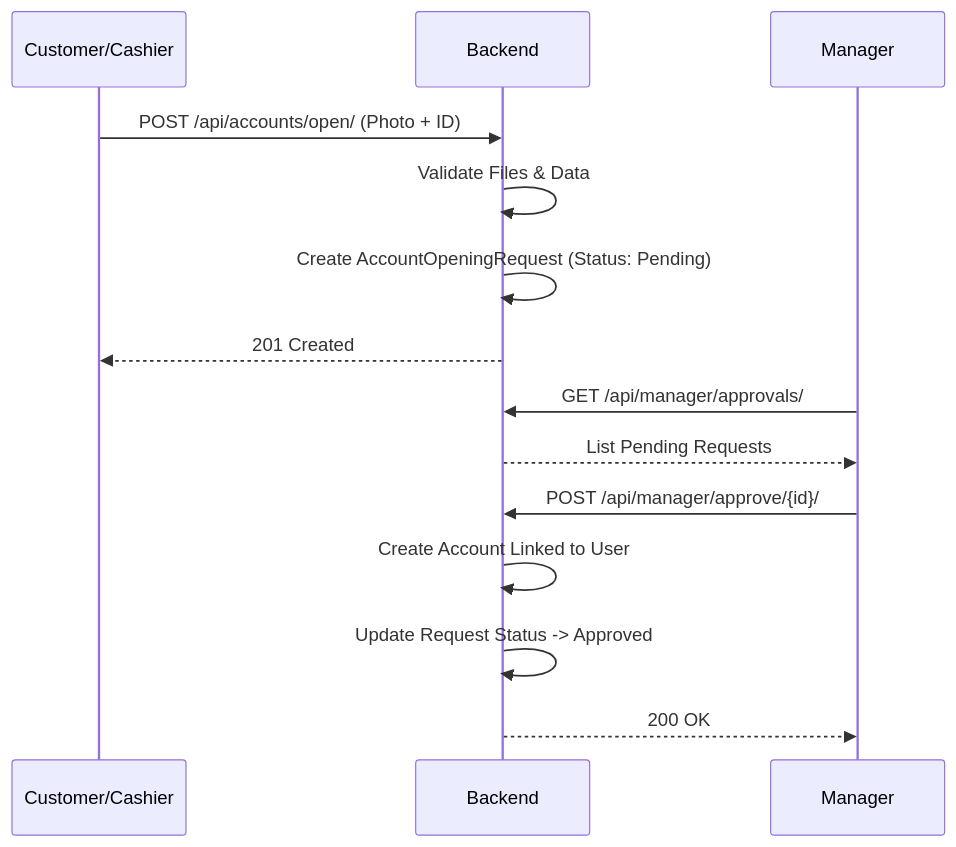
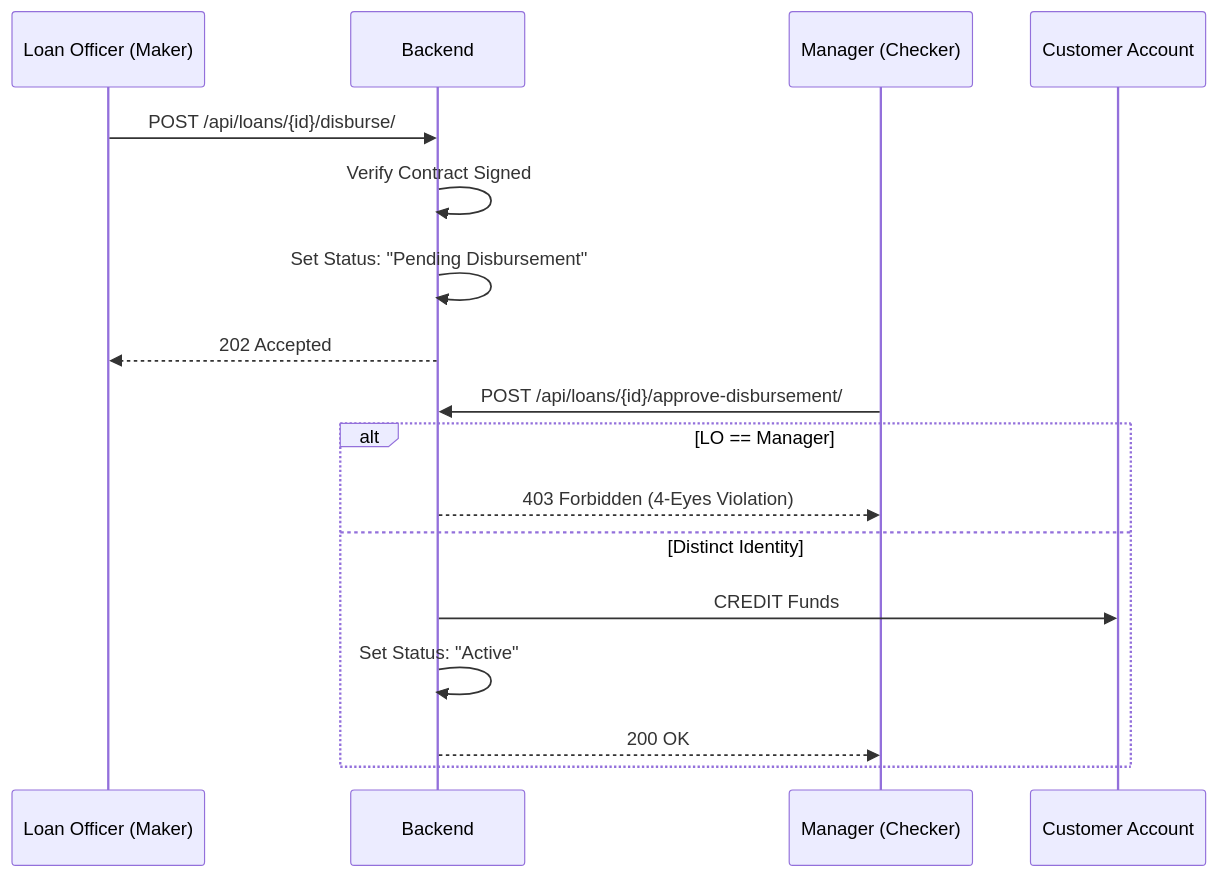
The fourth of 6 diagrams in docs/03-logic-flows.md (emmaarthur191/coastal-project), drawn with Mermaid before and after one commit. The commit also changed other lines of this file and 341 other files, not shown here.

````diff
--- a/docs/03-logic-flows.md
+++ b/docs/03-logic-flows.md
@@ -30,18 +152,21 @@
 ```mermaid
 sequenceDiagram
-    participant C as Customer/Cashier
+    participant LO as Loan Officer (Maker)
     participant B as Backend
-    participant M as Manager
+    participant M as Manager (Checker)
+    participant C as Customer Account
 
-    C->>B: POST /api/accounts/open/ (Photo + ID)
-    B->>B: Validate Files & Data
-    B->>B: Create AccountOpeningRequest (Status: Pending)
-    B-->>C: 201 Created
+    LO->>B: POST /api/loans/{id}/disburse/
+    B->>B: Verify Contract Signed
+    B->>B: Set Status: "Pending Disbursement"
+    B-->>LO: 202 Accepted
 
-    M->>B: GET /api/manager/approvals/
-    B-->>M: List Pending Requests
-    M->>B: POST /api/manager/approve/{id}/
-    B->>B: Create Account Linked to User
-    B->>B: Update Request Status -> Approved
-    B-->>M: 200 OK
+    M->>B: POST /api/loans/{id}/approve-disbursement/
+    alt LO == Manager
+        B-->>M: 403 Forbidden (4-Eyes Violation)
+    else Distinct Identity
+        B->>C: CREDIT Funds
+        B->>B: Set Status: "Active"
+        B-->>M: 200 OK
+    end
 ```
````
